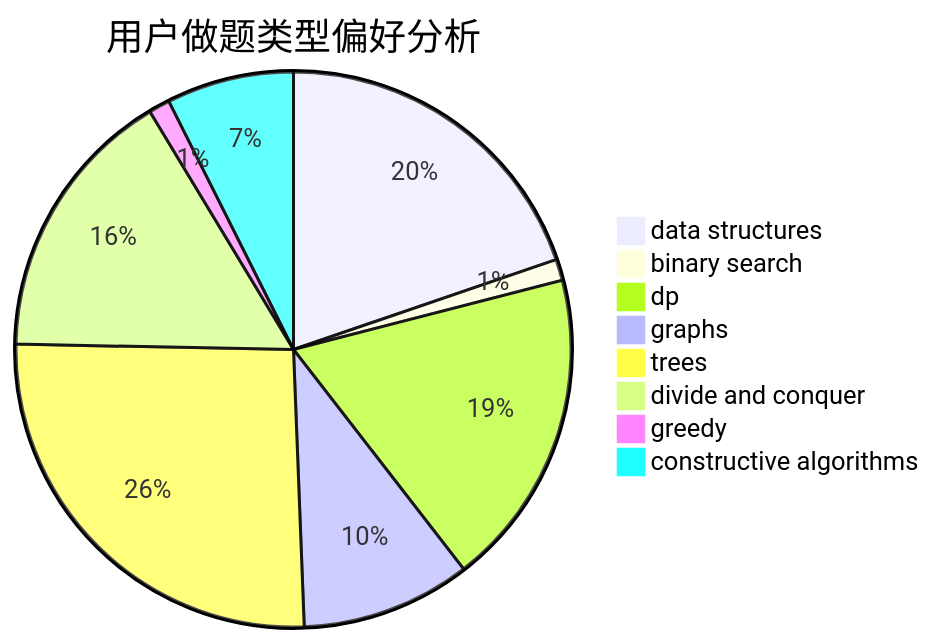
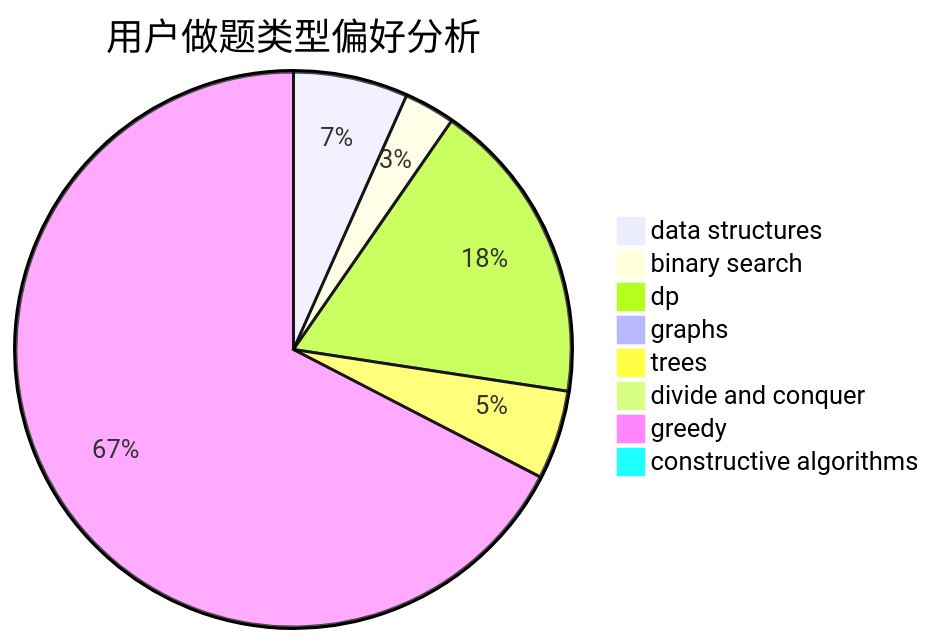
One commit to sherpahu/cfrs.github.io changed the second of 3 diagrams in docs/user/u1662.md. Above: the diagram before and after it, drawn with Mermaid. The commit also changed other lines of this file and 2770 other files, not shown here.

````diff
--- a/docs/user/u1662.md
+++ b/docs/user/u1662.md
@@ -23,11 +23,11 @@
 ```mermaid
 pie title 用户做题类型偏好分析
-    "data structures" :  16
-    "binary search" :  1
-    "dp" :  15
-    "graphs" :  8
-    "trees" :  21
-    "divide and conquer" :  13
-    "greedy" :  1
-    "constructive algorithms" :  6
+    "data structures" :  9
+    "binary search" :  4
+    "dp" :  24
+    "graphs" :  1
+    "trees" :  7
+    "divide and conquer" :  0
+    "greedy" :  91
+    "constructive algorithms" :  0
 ```
````
